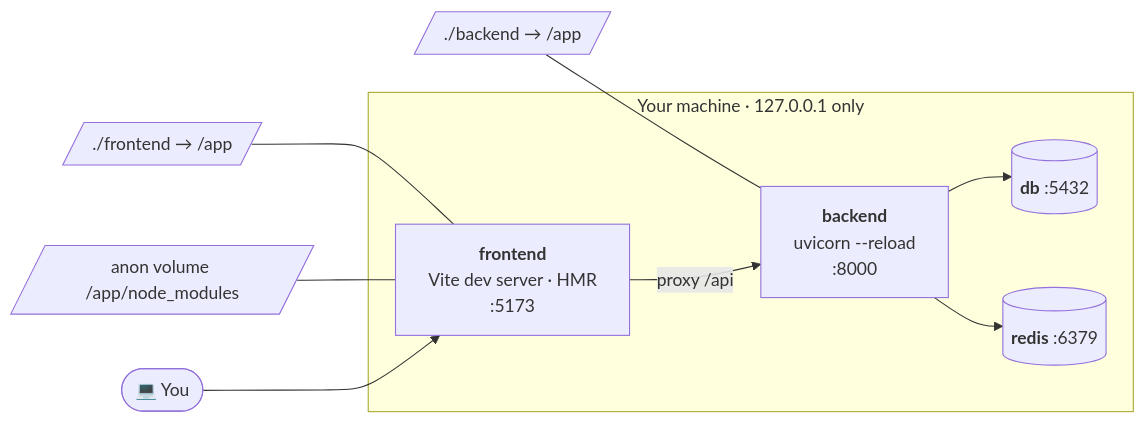
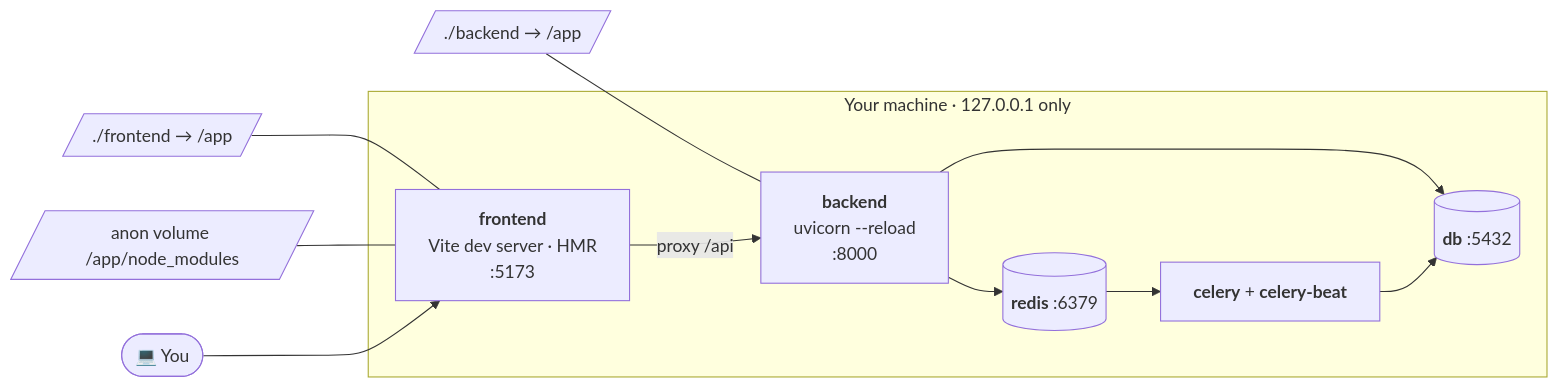
The fourth of 5 diagrams in README.md (Still-Low-Priority/modis-viirs-harmonized), drawn with Mermaid before and after one commit. The commit also changed other lines of this file and 14 other files, not shown here.

````diff
--- a/README.md
+++ b/README.md
@@ -245,20 +344,23 @@
 ```mermaid
 flowchart LR
     dev(["💻 You"])
 
     subgraph host["Your machine · 127.0.0.1 only"]
         fe["<b>frontend</b><br/>Vite dev server · HMR<br/>:5173"]
         be["<b>backend</b><br/>uvicorn --reload<br/>:8000"]
+        cel["<b>celery</b> + <b>celery-beat</b>"]
         db[("<b>db</b> :5432")]
         rd[("<b>redis</b> :6379")]
     end
 
     src1[/"./frontend → /app"/] --- fe
     nm[/"anon volume /app/node_modules"/] --- fe
     src2[/"./backend → /app"/] --- be
 
     dev --> fe
     fe -- "proxy /api" --> be
     be --> db
     be --> rd
+    rd --> cel
+    cel --> db
 ```
````
